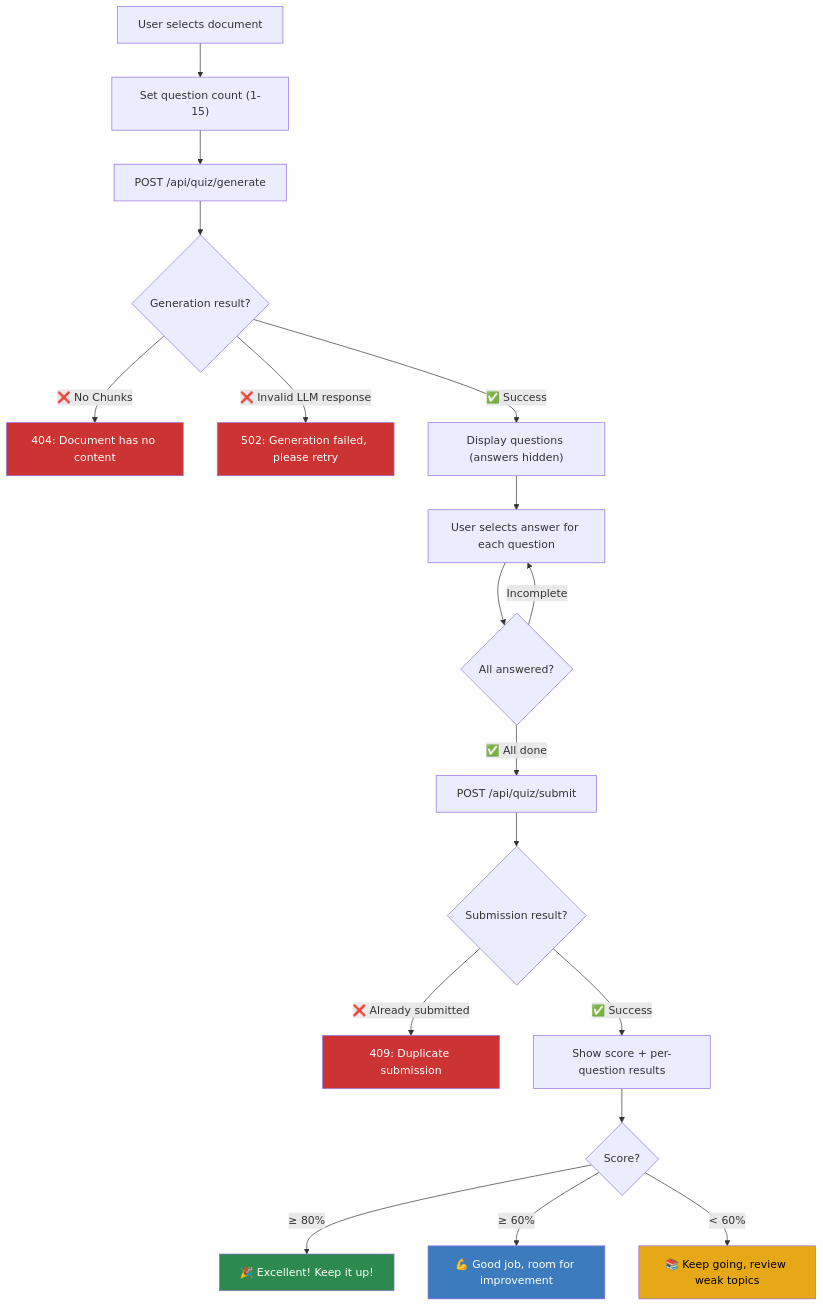
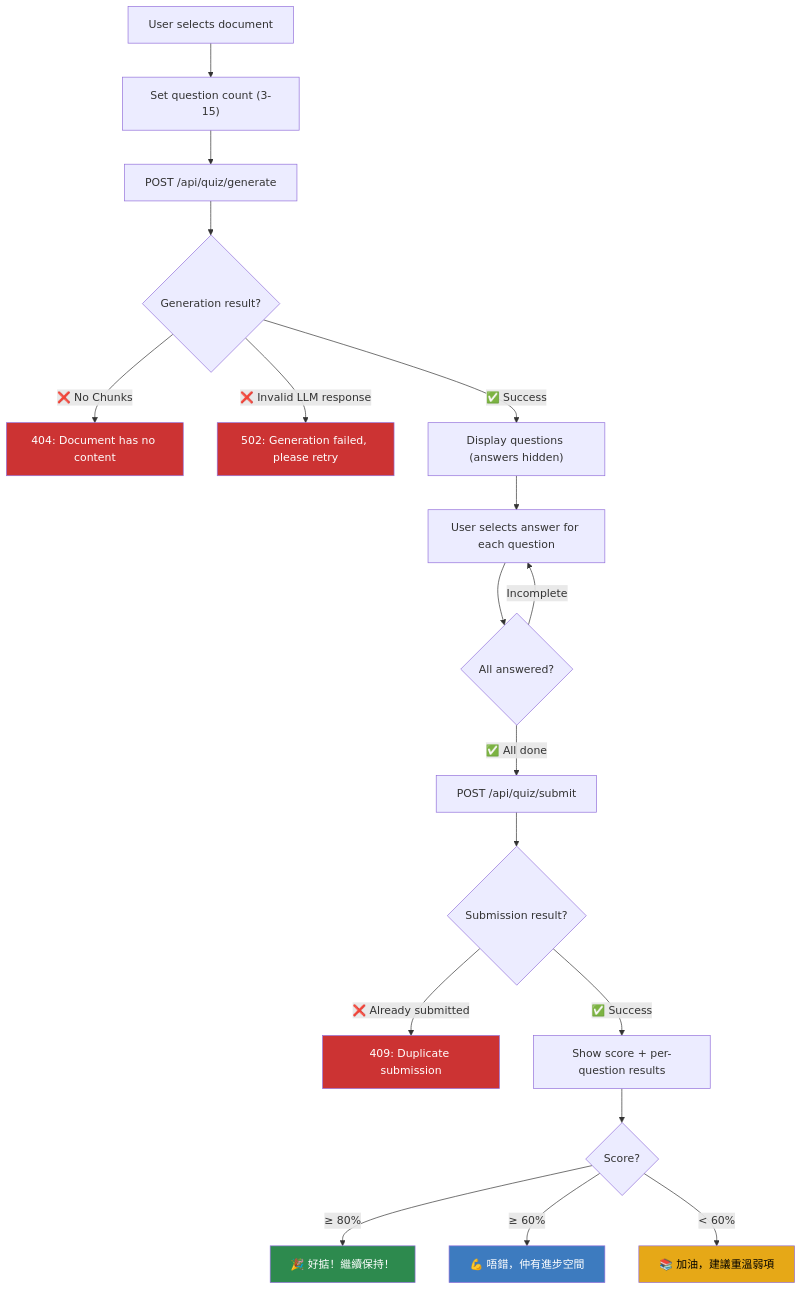
Before and after one commit to johnmak101-ops/RevisionApp: the fourth of 7 diagrams in docs/en/UI_FLOW_DIAGRAM.md, drawn with Mermaid. The commit also changed other lines of this file and 36 other files, not shown here.

````diff
--- a/docs/en/UI_FLOW_DIAGRAM.md
+++ b/docs/en/UI_FLOW_DIAGRAM.md
@@ -83,31 +90,31 @@
 ```mermaid
 flowchart TD
-    A["User selects document"] --> B["Set question count (1-15)"]
+    A["User selects document"] --> B["Set question count (3-15)"]
     B --> C["POST /api/quiz/generate"]
     
     C --> D{"Generation result?"}
     D -->|"❌ No Chunks"| ERR1["404: Document has no content"]
     D -->|"❌ Invalid LLM response"| ERR2["502: Generation failed, please retry"]
     D -->|"✅ Success"| E["Display questions (answers hidden)"]
     
     E --> F["User selects answer for each question"]
     F --> G{"All answered?"}
     G -->|"Incomplete"| F
     G -->|"✅ All done"| H["POST /api/quiz/submit"]
     
     H --> I{"Submission result?"}
     I -->|"❌ Already submitted"| ERR3["409: Duplicate submission"]
     I -->|"✅ Success"| J["Show score + per-question results"]
     
     J --> K{"Score?"}
-    K -->|"≥ 80%"| L["🎉 Excellent! Keep it up!"]
-    K -->|"≥ 60%"| M["💪 Good job, room for improvement"]
-    K -->|"< 60%"| N["📚 Keep going, review weak topics"]
+    K -->|"≥ 80%"| L["🎉 好掂！繼續保持！"]
+    K -->|"≥ 60%"| M["💪 唔錯，仲有進步空間"]
+    K -->|"< 60%"| N["📚 加油，建議重溫弱項"]
     
     style ERR1 fill:#cc3333,color:#fff
     style ERR2 fill:#cc3333,color:#fff
     style ERR3 fill:#cc3333,color:#fff
     style L fill:#2d8a4e,color:#fff
     style M fill:#3d7bbf,color:#fff
     style N fill:#e6a817,color:#000
 ```
````
